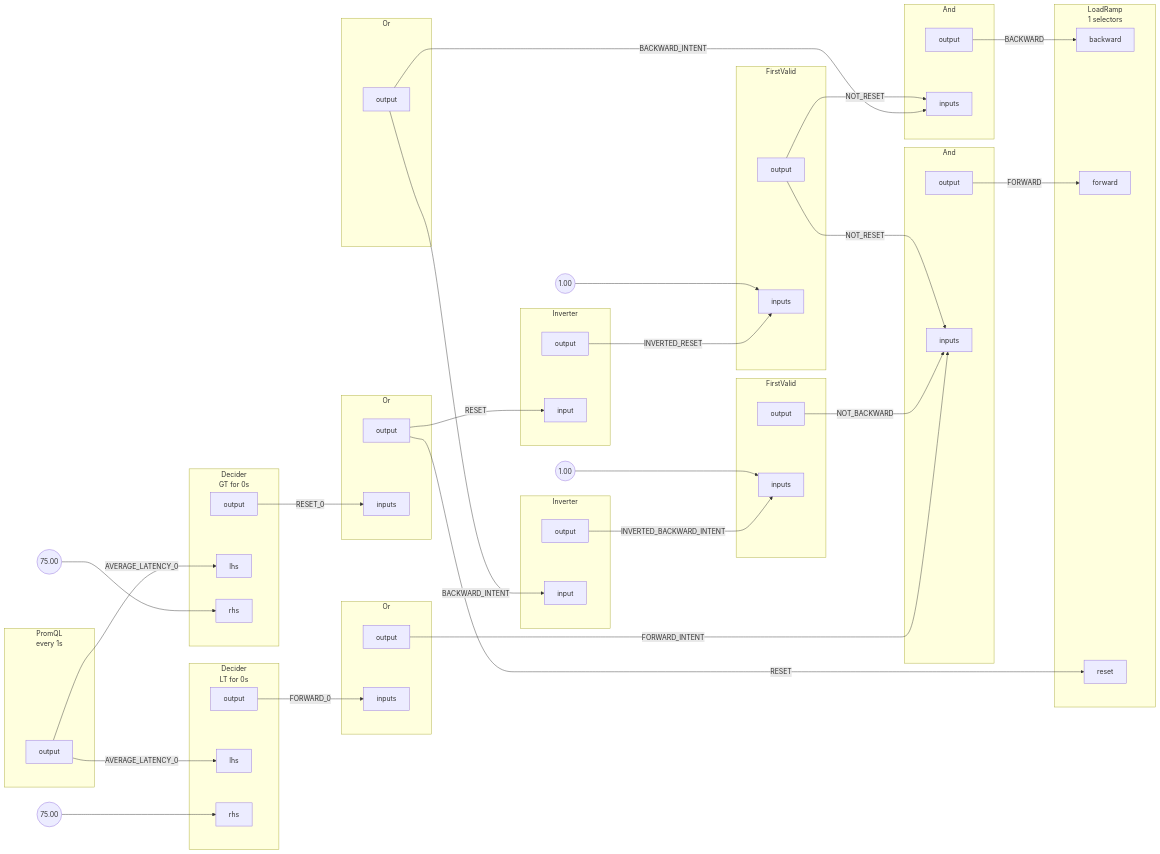
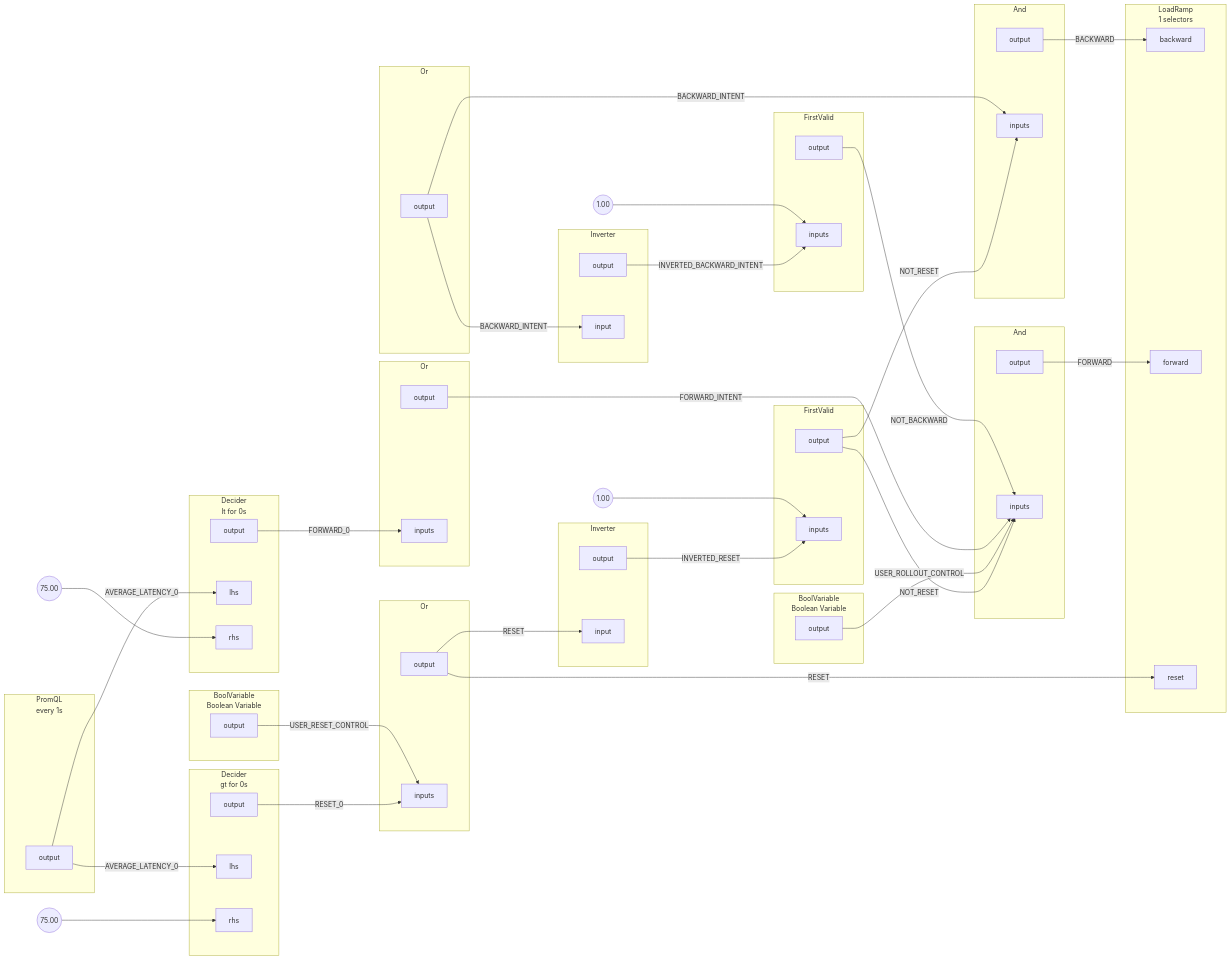
The diagram in docs/content/applying-policies/feature-rollout/assets/with-average-latency-feedback/graph.mmd (dataongunlaws/aperture), drawn with Mermaid before and after one commit. The commit also changed 215 other files, not shown here.

First line of the commit message:
User controls for feature rollout and dynamic config refactor (#1988)

```diff
--- a/docs/content/applying-policies/feature-rollout/assets/with-average-latency-feedback/graph.mmd
+++ b/docs/content/applying-policies/feature-rollout/assets/with-average-latency-feedback/graph.mmd
@@ -1,152 +1,168 @@
 flowchart LR
 subgraph root.0[<center>PromQL<br/>every 1s</center>]
 subgraph root.0_outports[ ]
 style root.0_outports fill:none,stroke:none
 root.0output[output]
 end
 end
-subgraph root.1[<center>Decider<br/>LT for 0s</center>]
+subgraph root.1[<center>Decider<br/>lt for 0s</center>]
 subgraph root.1_inports[ ]
 style root.1_inports fill:none,stroke:none
 root.1lhs[lhs]
 root.1rhs[rhs]
 end
 subgraph root.1_outports[ ]
 style root.1_outports fill:none,stroke:none
 root.1output[output]
 end
 end
-subgraph root.10[And]
+subgraph root.10[Inverter]
 subgraph root.10_inports[ ]
 style root.10_inports fill:none,stroke:none
-root.10inputs[inputs]
-root.10inputs[inputs]
-root.10inputs[inputs]
+root.10input[input]
 end
 subgraph root.10_outports[ ]
 style root.10_outports fill:none,stroke:none
 root.10output[output]
 end
 end
-subgraph root.11[And]
+subgraph root.11[FirstValid]
 subgraph root.11_inports[ ]
 style root.11_inports fill:none,stroke:none
 root.11inputs[inputs]
 root.11inputs[inputs]
 end
 subgraph root.11_outports[ ]
 style root.11_outports fill:none,stroke:none
 root.11output[output]
 end
 end
-subgraph root.12[<center>LoadRamp<br/>1 selectors</center>]
+root.11_inputs_FakeConstantout((1.00))
+subgraph root.12[And]
 subgraph root.12_inports[ ]
 style root.12_inports fill:none,stroke:none
-root.12backward[backward]
-root.12forward[forward]
-root.12reset[reset]
+root.12inputs[inputs]
+root.12inputs[inputs]
+root.12inputs[inputs]
+root.12inputs[inputs]
+end
+subgraph root.12_outports[ ]
+style root.12_outports fill:none,stroke:none
+root.12output[output]
+end
+end
+subgraph root.13[And]
+subgraph root.13_inports[ ]
+style root.13_inports fill:none,stroke:none
+root.13inputs[inputs]
+root.13inputs[inputs]
+end
+subgraph root.13_outports[ ]
+style root.13_outports fill:none,stroke:none
+root.13output[output]
+end
+end
+subgraph root.14[<center>LoadRamp<br/>1 selectors</center>]
+subgraph root.14_inports[ ]
+style root.14_inports fill:none,stroke:none
+root.14backward[backward]
+root.14forward[forward]
+root.14reset[reset]
 end
 end
 root.1_rhs_FakeConstantout((75.00))
-subgraph root.2[<center>Decider<br/>GT for 0s</center>]
+subgraph root.2[<center>Decider<br/>gt for 0s</center>]
 subgraph root.2_inports[ ]
 style root.2_inports fill:none,stroke:none
 root.2lhs[lhs]
 root.2rhs[rhs]
 end
 subgraph root.2_outports[ ]
 style root.2_outports fill:none,stroke:none
 root.2output[output]
 end
 end
 root.2_rhs_FakeConstantout((75.00))
-subgraph root.3[Or]
-subgraph root.3_inports[ ]
-style root.3_inports fill:none,stroke:none
-root.3inputs[inputs]
-end
+subgraph root.3[<center>BoolVariable<br/>Boolean Variable</center>]
 subgraph root.3_outports[ ]
 style root.3_outports fill:none,stroke:none
 root.3output[output]
 end
 end
-subgraph root.4[Or]
+subgraph root.4[<center>BoolVariable<br/>Boolean Variable</center>]
 subgraph root.4_outports[ ]
 style root.4_outports fill:none,stroke:none
 root.4output[output]
 end
 end
 subgraph root.5[Or]
-subgraph root.5_inports[ ]
-style root.5_inports fill:none,stroke:none
-root.5inputs[inputs]
-end
 subgraph root.5_outports[ ]
 style root.5_outports fill:none,stroke:none
 root.5output[output]
 end
 end
-subgraph root.6[Inverter]
+subgraph root.6[Or]
 subgraph root.6_inports[ ]
 style root.6_inports fill:none,stroke:none
-root.6input[input]
+root.6inputs[inputs]
+root.6inputs[inputs]
 end
 subgraph root.6_outports[ ]
 style root.6_outports fill:none,stroke:none
 root.6output[output]
 end
 end
-subgraph root.7[FirstValid]
+subgraph root.7[Or]
 subgraph root.7_inports[ ]
 style root.7_inports fill:none,stroke:none
-root.7inputs[inputs]
 root.7inputs[inputs]
 end
 subgraph root.7_outports[ ]
 style root.7_outports fill:none,stroke:none
 root.7output[output]
 end
 end
-root.7_inputs_FakeConstantout((1.00))
 subgraph root.8[Inverter]
 subgraph root.8_inports[ ]
 style root.8_inports fill:none,stroke:none
 root.8input[input]
 end
 subgraph root.8_outports[ ]
 style root.8_outports fill:none,stroke:none
 root.8output[output]
 end
 end
 subgraph root.9[FirstValid]
 subgraph root.9_inports[ ]
 style root.9_inports fill:none,stroke:none
 root.9inputs[inputs]
 root.9inputs[inputs]
 end
 subgraph root.9_outports[ ]
 style root.9_outports fill:none,stroke:none
 root.9output[output]
 end
 end
 root.9_inputs_FakeConstantout((1.00))
 root.0output --> |AVERAGE_LATENCY_0| root.1lhs
 root.0output --> |AVERAGE_LATENCY_0| root.2lhs
-root.10output --> |FORWARD| root.12forward
-root.11output --> |BACKWARD| root.12backward
-root.1output --> |FORWARD_0| root.3inputs
+root.10output --> |INVERTED_RESET| root.11inputs
+root.11_inputs_FakeConstantout --> root.11inputs
+root.11output --> |NOT_RESET| root.12inputs
+root.11output --> |NOT_RESET| root.13inputs
+root.12output --> |FORWARD| root.14forward
+root.13output --> |BACKWARD| root.14backward
+root.1output --> |FORWARD_0| root.7inputs
 root.1_rhs_FakeConstantout --> root.1rhs
-root.2output --> |RESET_0| root.5inputs
+root.2output --> |RESET_0| root.6inputs
 root.2_rhs_FakeConstantout --> root.2rhs
-root.3output --> |FORWARD_INTENT| root.10inputs
-root.4output --> |BACKWARD_INTENT| root.11inputs
-root.4output --> |BACKWARD_INTENT| root.6input
-root.5output --> |RESET| root.12reset
-root.5output --> |RESET| root.8input
-root.6output --> |INVERTED_BACKWARD_INTENT| root.7inputs
-root.7_inputs_FakeConstantout --> root.7inputs
-root.7output --> |NOT_BACKWARD| root.10inputs
-root.8output --> |INVERTED_RESET| root.9inputs
+root.3output --> |USER_ROLLOUT_CONTROL| root.12inputs
+root.4output --> |USER_RESET_CONTROL| root.6inputs
+root.5output --> |BACKWARD_INTENT| root.13inputs
+root.5output --> |BACKWARD_INTENT| root.8input
+root.6output --> |RESET| root.10input
+root.6output --> |RESET| root.14reset
+root.7output --> |FORWARD_INTENT| root.12inputs
+root.8output --> |INVERTED_BACKWARD_INTENT| root.9inputs
 root.9_inputs_FakeConstantout --> root.9inputs
-root.9output --> |NOT_RESET| root.10inputs
-root.9output --> |NOT_RESET| root.11inputs
+root.9output --> |NOT_BACKWARD| root.12inputs
```
